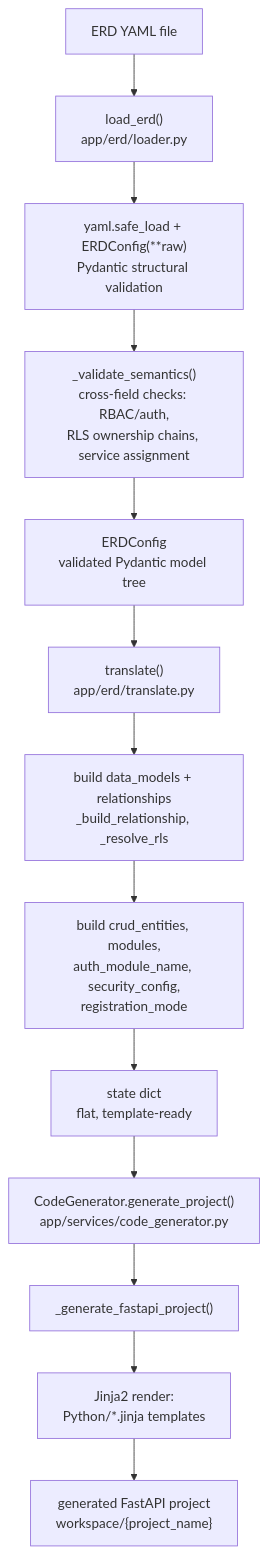
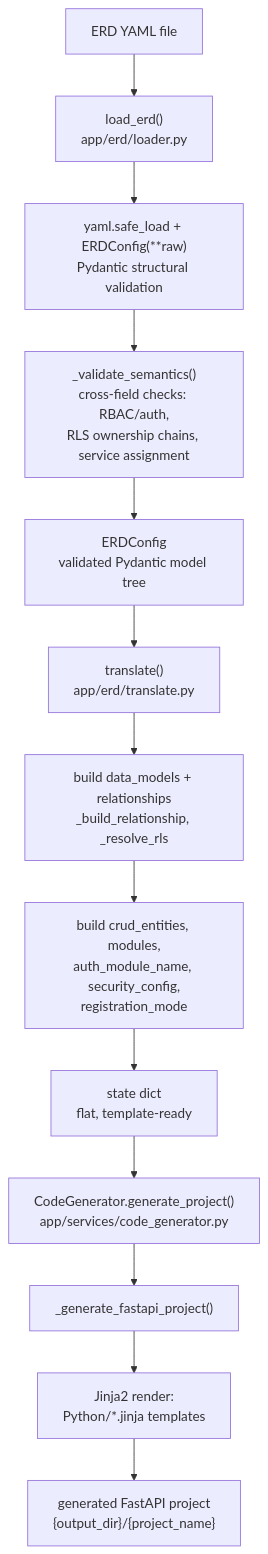
Before and after one commit to BaselMorsy/backstudio: the diagram in docs-site/architecture/pipeline.md, drawn with Mermaid. The commit also changed other lines of this file and 6 other files, not shown here.

````diff
--- a/docs-site/architecture/pipeline.md
+++ b/docs-site/architecture/pipeline.md
@@ -9,15 +9,15 @@
 ```mermaid
 flowchart TD
     A["ERD YAML file"] --> B["load_erd()<br/>app/erd/loader.py"]
     B --> B1["yaml.safe_load + ERDConfig(**raw)<br/>Pydantic structural validation"]
     B1 --> B2["_validate_semantics()<br/>cross-field checks: RBAC/auth,<br/>RLS ownership chains, service assignment"]
     B2 --> C["ERDConfig<br/>validated Pydantic model tree"]
     C --> D["translate()<br/>app/erd/translate.py"]
     D --> D1["build data_models + relationships<br/>_build_relationship, _resolve_rls"]
     D1 --> D2["build crud_entities, modules,<br/>auth_module_name, security_config,<br/>registration_mode"]
     D2 --> E["state dict<br/>flat, template-ready"]
     E --> F["CodeGenerator.generate_project()<br/>app/services/code_generator.py"]
     F --> F1["_generate_fastapi_project()"]
     F1 --> F2["Jinja2 render:<br/>Python/*.jinja templates"]
-    F2 --> G["generated FastAPI project<br/>workspace/{project_name}"]
+    F2 --> G["generated FastAPI project<br/>{output_dir}/{project_name}"]
 ```
````
